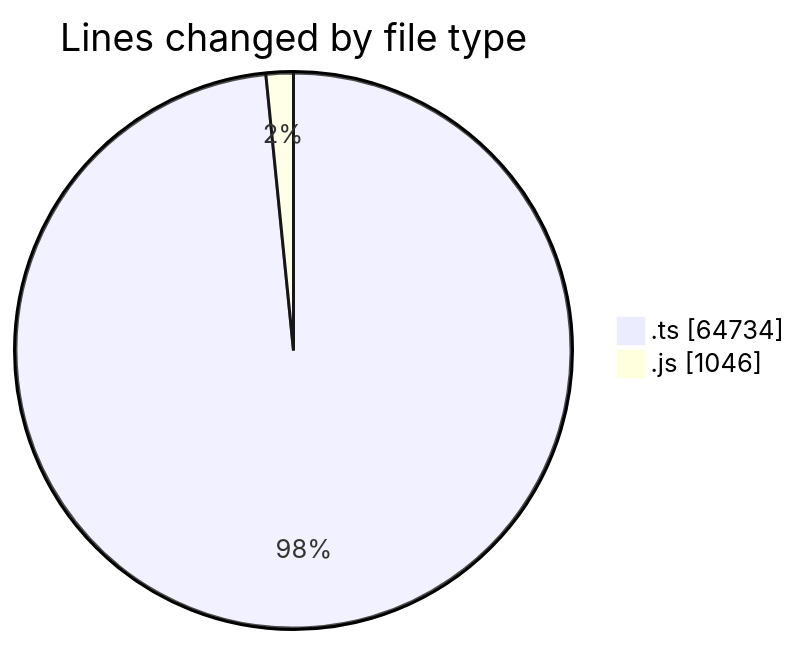
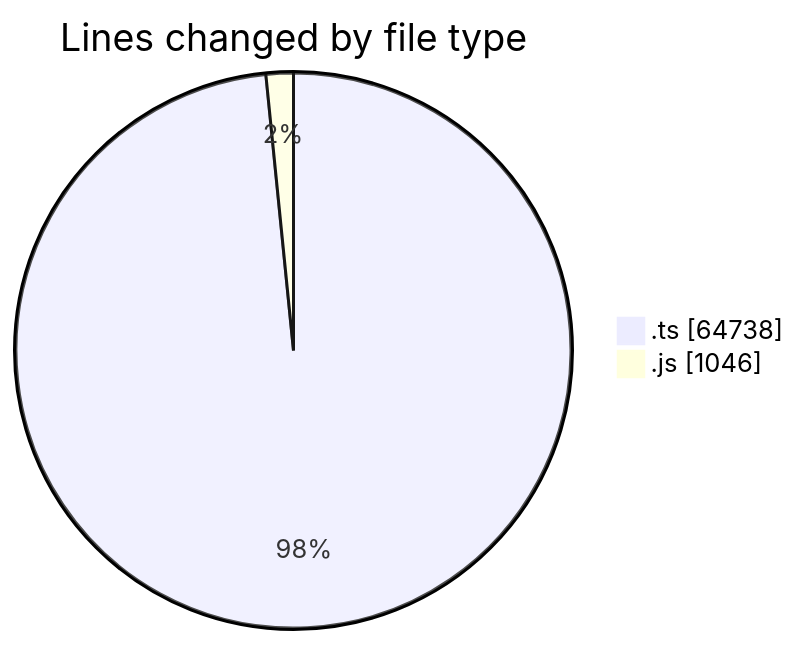
One commit to momahboobian/code-tracking changed the first of 2 diagrams in 2025-09-29/cda/README.md. Above: the diagram before and after it, drawn with Mermaid. The commit also changed other lines of this file and 1 other file, not shown here.

````diff
--- a/2025-09-29/cda/README.md
+++ b/2025-09-29/cda/README.md
@@ -28,6 +28,6 @@
 ```mermaid
 pie showData
 title Lines changed by file type
-".ts" : 64734
+".ts" : 64738
 ".js" : 1046
 ```
````
